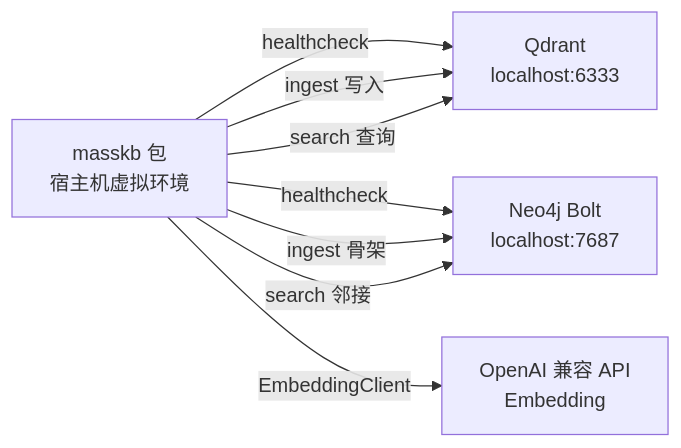
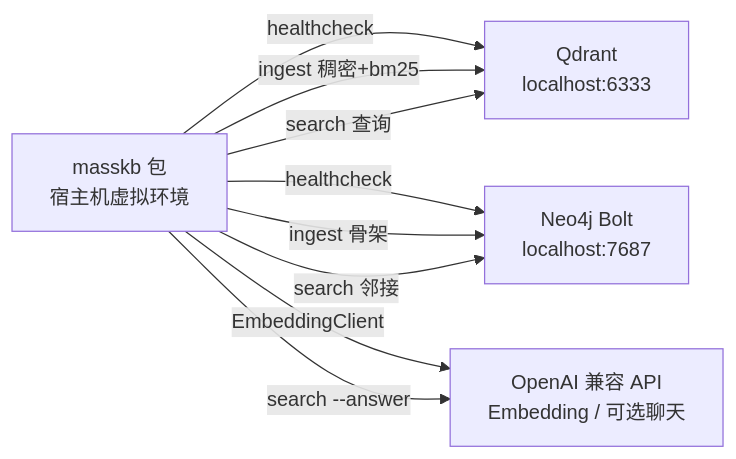
One commit to bgwealth2027/masskb changed the diagram in README.md. Above: the diagram before and after it, drawn with Mermaid. The commit also changed other lines of this file and 13 other files, not shown here.

````diff
--- a/README.md
+++ b/README.md
@@ -42,15 +42,16 @@
 ```mermaid
 flowchart LR
   pkg["masskb 包\n宿主机虚拟环境"]
   qdrant["Qdrant\nlocalhost:6333"]
   neo4j["Neo4j Bolt\nlocalhost:7687"]
-  api["OpenAI 兼容 API\nEmbedding"]
+  api["OpenAI 兼容 API\nEmbedding / 可选聊天"]
 
   pkg -->|"healthcheck"| qdrant
-  pkg -->|"ingest 写入"| qdrant
+  pkg -->|"ingest 稠密+bm25"| qdrant
   pkg -->|"search 查询"| qdrant
   pkg -->|"healthcheck"| neo4j
   pkg -->|"ingest 骨架"| neo4j
   pkg -->|"search 邻接"| neo4j
   pkg -->|"EmbeddingClient"| api
+  pkg -->|"search --answer"| api
 ```
````
